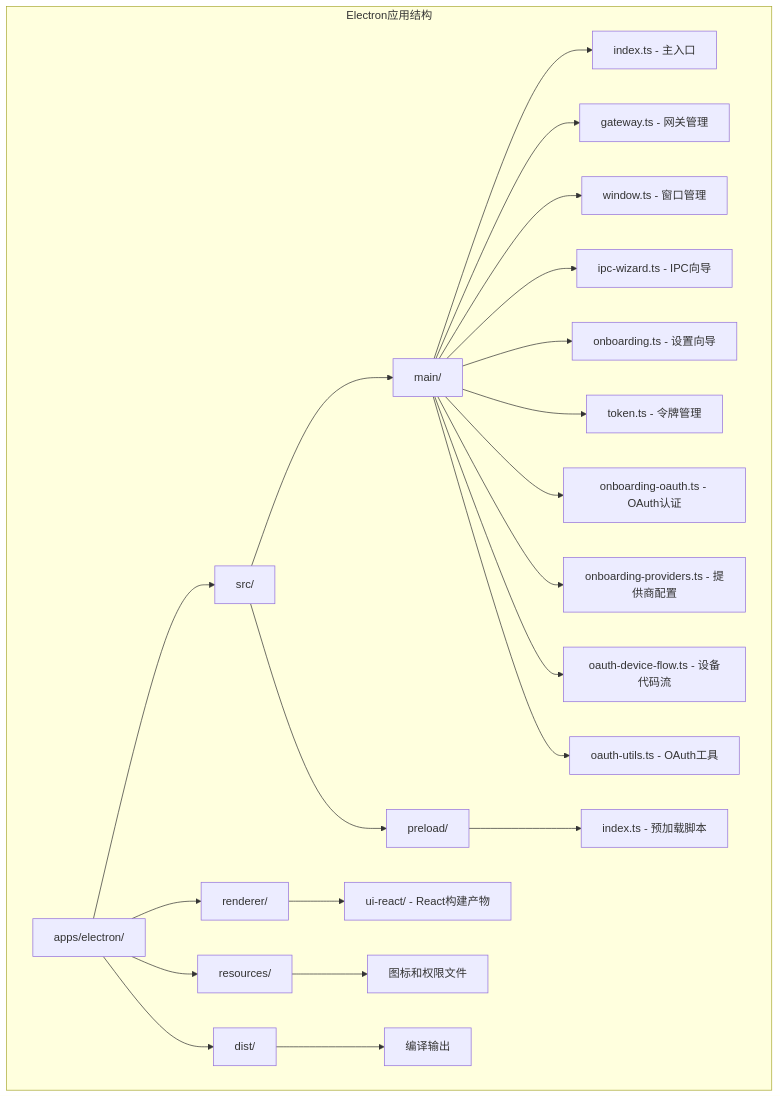
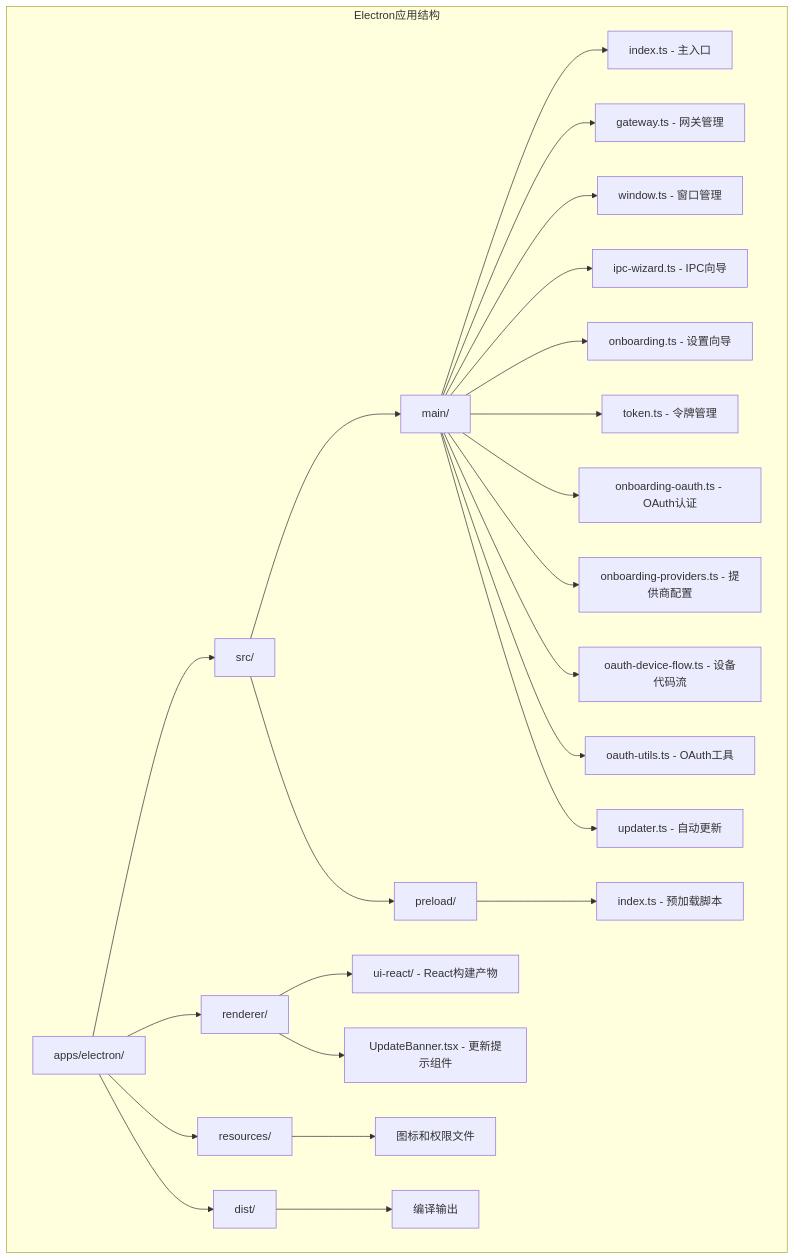
The first of 32 diagrams in .qoder/repowiki/zh/content/核心概念/Electron应用增强.md (verse-ai-org/openclaw), drawn with Mermaid before and after one commit. The commit also changed other lines of this file and 23 other files, not shown here.

````diff
--- a/.qoder/repowiki/zh/content/核心概念/Electron应用增强.md
+++ b/.qoder/repowiki/zh/content/核心概念/Electron应用增强.md
@@ -86,25 +90,27 @@
 ```mermaid
 graph TB
 subgraph "Electron应用结构"
 A[apps/electron/] --> B[src/]
 A --> C[renderer/]
 A --> D[resources/]
 A --> E[dist/]
 B --> F[main/]
 B --> G[preload/]
 F --> H[index.ts - 主入口]
 F --> I[gateway.ts - 网关管理]
 F --> J[window.ts - 窗口管理]
 F --> K[ipc-wizard.ts - IPC向导]
 F --> L[onboarding.ts - 设置向导]
 F --> M[token.ts - 令牌管理]
 F --> N[onboarding-oauth.ts - OAuth认证]
 F --> O[onboarding-providers.ts - 提供商配置]
 F --> P[oauth-device-flow.ts - 设备代码流]
 F --> Q[oauth-utils.ts - OAuth工具]
-G --> R[index.ts - 预加载脚本]
-C --> S[ui-react/ - React构建产物]
-D --> T[图标和权限文件]
-E --> U[编译输出]
+F --> R[updater.ts - 自动更新]
+G --> S[index.ts - 预加载脚本]
+C --> T[ui-react/ - React构建产物]
+C --> U[UpdateBanner.tsx - 更新提示组件]
+D --> V[图标和权限文件]
+E --> W[编译输出]
 end
 ```
````
